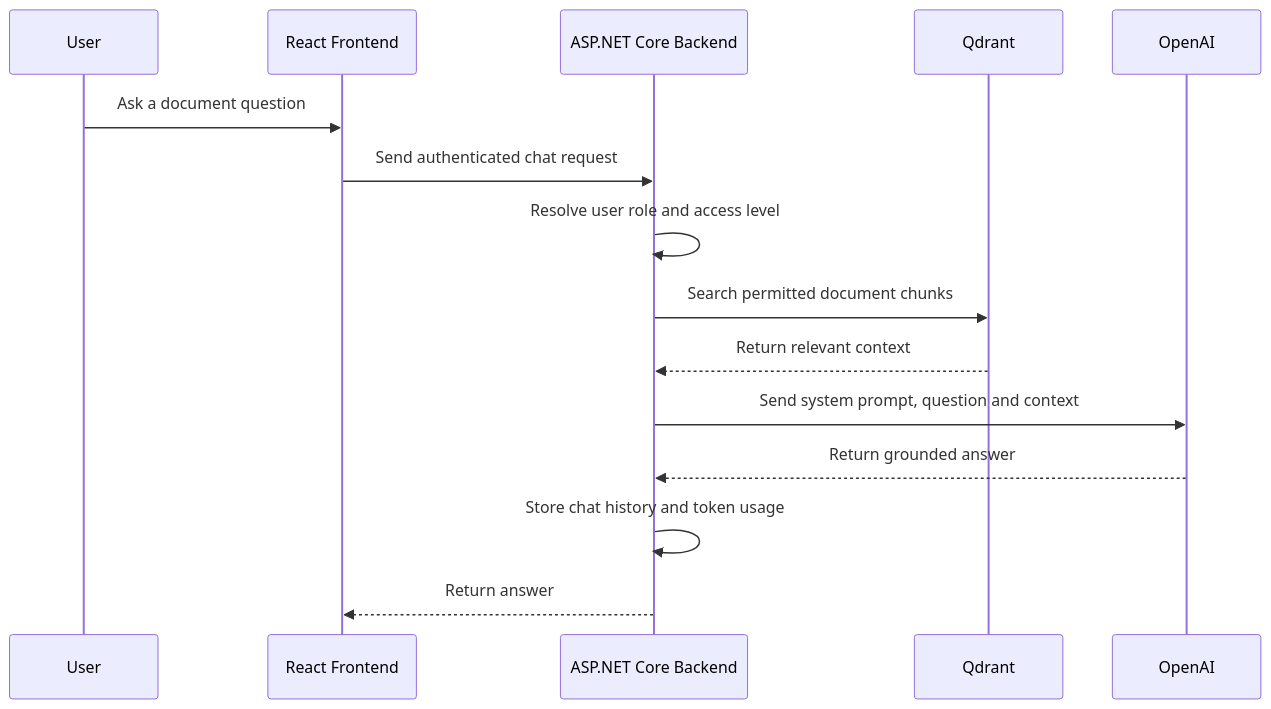
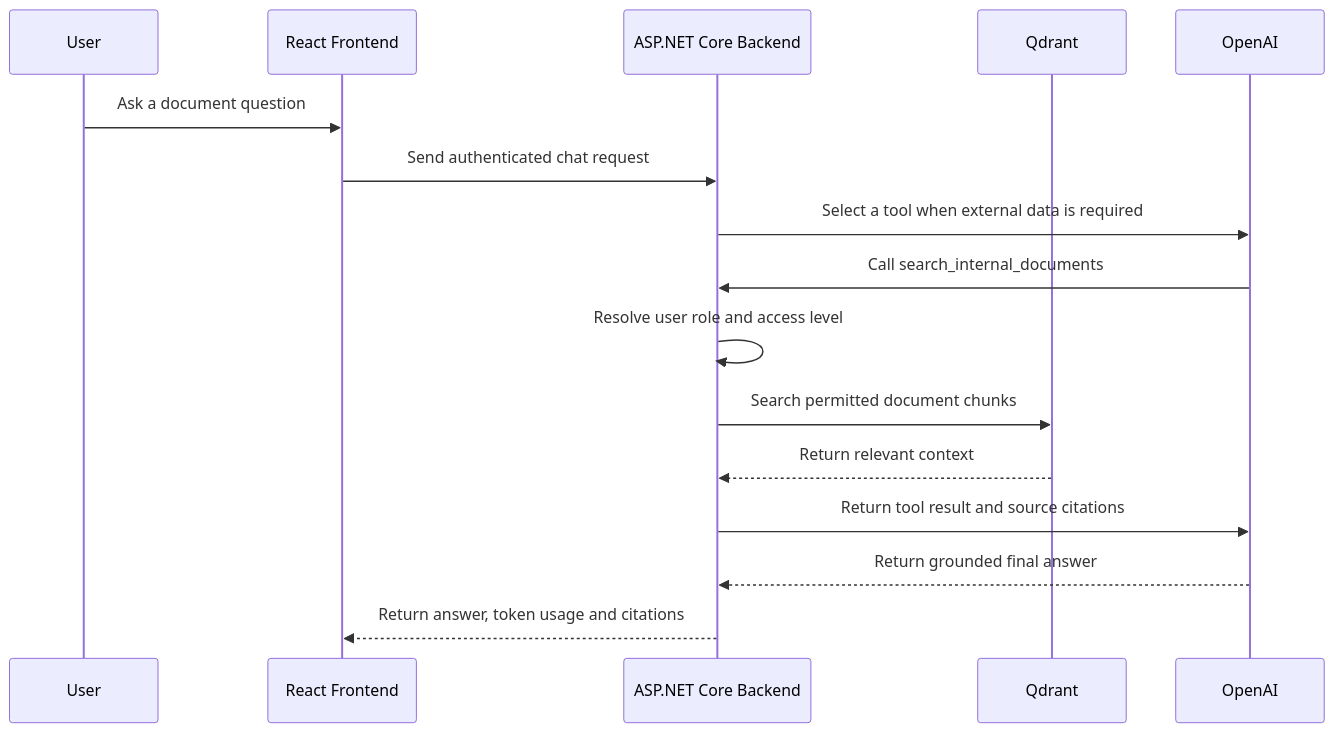
Before and after one commit to Nhb170405/Internal-AI-Chatbot: the fourth of 5 diagrams in readme.md, drawn with Mermaid. The commit also changed other lines of this file, not shown here.

````diff
--- a/readme.md
+++ b/readme.md
@@ -261,18 +267,19 @@
 ```mermaid
 sequenceDiagram
     participant User
     participant UI as React Frontend
     participant API as ASP.NET Core Backend
     participant Vector as Qdrant
     participant LLM as OpenAI
 
     User->>UI: Ask a document question
     UI->>API: Send authenticated chat request
+    API->>LLM: Select a tool when external data is required
+    LLM->>API: Call search_internal_documents
     API->>API: Resolve user role and access level
     API->>Vector: Search permitted document chunks
     Vector-->>API: Return relevant context
-    API->>LLM: Send system prompt, question and context
-    LLM-->>API: Return grounded answer
-    API->>API: Store chat history and token usage
-    API-->>UI: Return answer
+    API->>LLM: Return tool result and source citations
+    LLM-->>API: Return grounded final answer
+    API-->>UI: Return answer, token usage and citations
 ```
````
